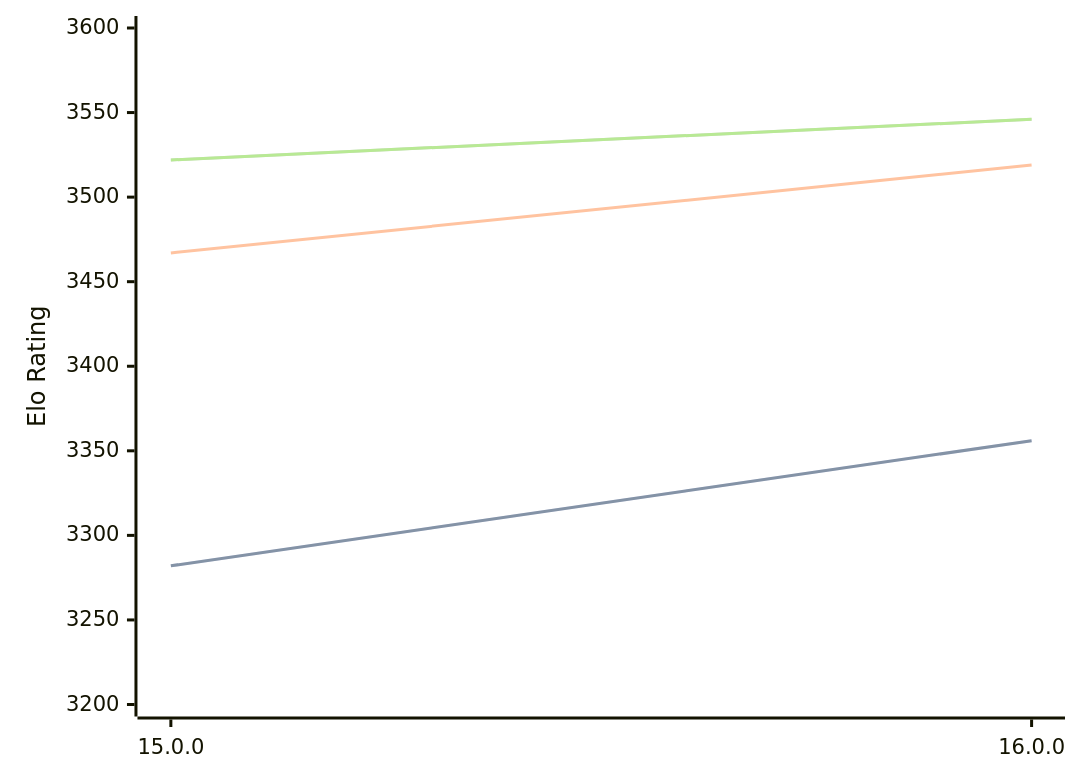
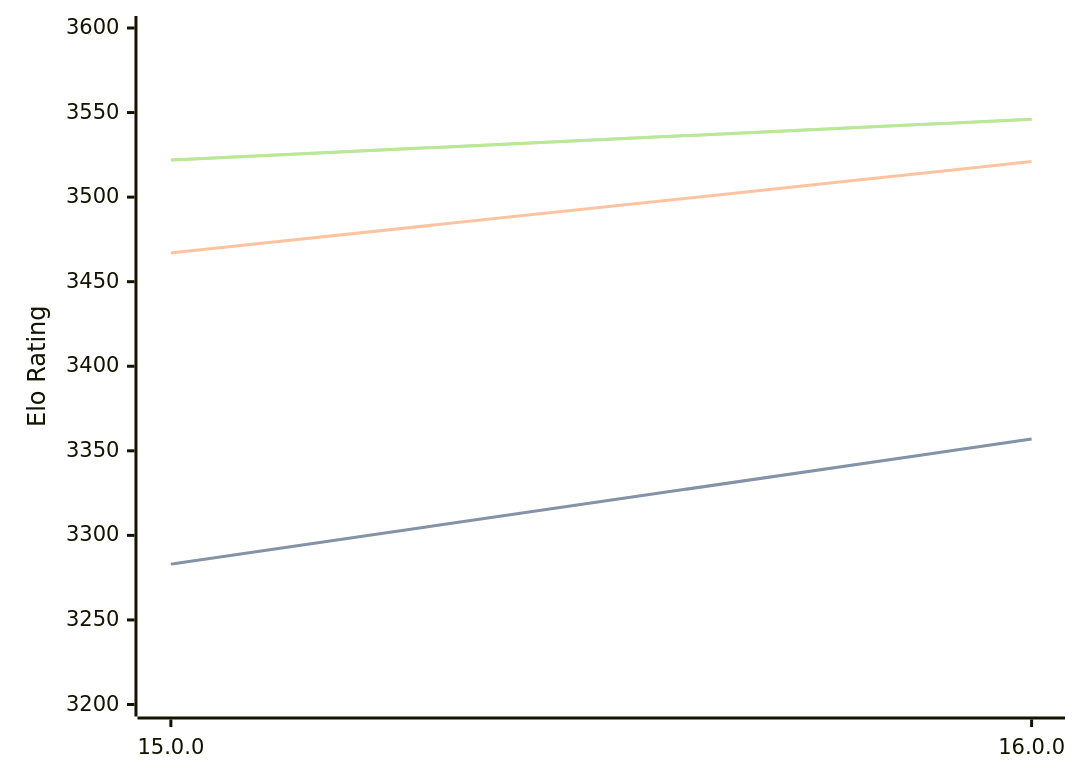
The diagram in engines/Halogen.md (computer-chess-index/cci), drawn with Mermaid before and after one commit. The commit also changed other lines of this file, not shown here.

````diff
--- a/engines/Halogen.md
+++ b/engines/Halogen.md
@@ -32,11 +32,11 @@
 ```mermaid
 %%{init: {"theme":"base","themeVariables":{"seriesColors:['#a3a3a3','#222221','#faa371']}}}%%
 xychart-beta
   x-axis ["15.0.0", "16.0.0"]
   y-axis "Elo Rating" 3200 --> 3600
-  line "STC (8.0+0.08s)" [3282, 3356]
-  line "STC (8.0+0.08s)" [3282, 3356]
-  line "LTC (60.0+0.60s)" [3467, 3519]
+  line "STC (8.0+0.08s)" [3283, 3357]
+  line "STC (8.0+0.08s)" [3283, 3357]
+  line "LTC (60.0+0.60s)" [3467, 3521]
   line "VLTC (2m24s+1.12s)" [3522, 3546]
   line "VLTC (2m24s+1.12s)" [3522, 3546]
 ```
````
